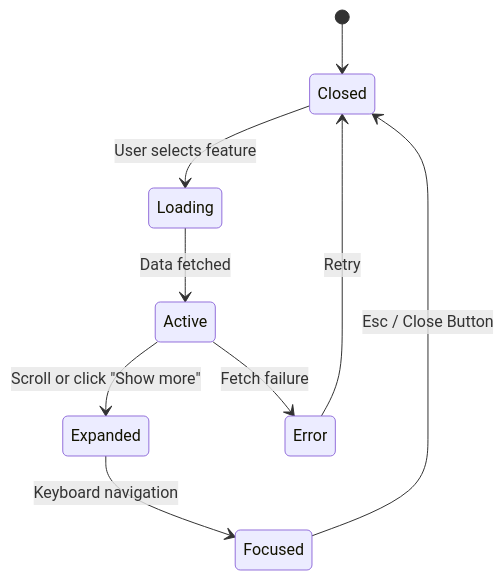
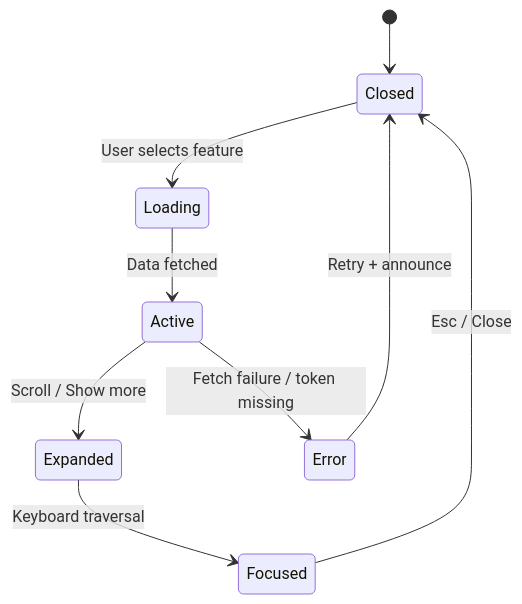
The second of 2 diagrams in docs/design/reviews/ui_components/detail_panel.md (bartytime4life/Kansas-Frontier-Matrix), drawn with Mermaid before and after one commit. The commit also changed other lines of this file, not shown here.

````diff
--- a/docs/design/reviews/ui_components/detail_panel.md
+++ b/docs/design/reviews/ui_components/detail_panel.md
@@ -136,11 +167,11 @@
 ```mermaid
 stateDiagram-v2
   [*] --> Closed
   Closed --> Loading : User selects feature
   Loading --> Active : Data fetched
-  Active --> Expanded : Scroll or click "Show more"
-  Expanded --> Focused : Keyboard navigation
-  Focused --> Closed : Esc / Close Button
-  Active --> Error : Fetch failure
-  Error --> Closed : Retry
+  Active --> Expanded : Scroll / Show more
+  Expanded --> Focused : Keyboard traversal
+  Focused --> Closed : Esc / Close
+  Active --> Error : Fetch failure / token missing
+  Error --> Closed : Retry + announce
 ```
````
